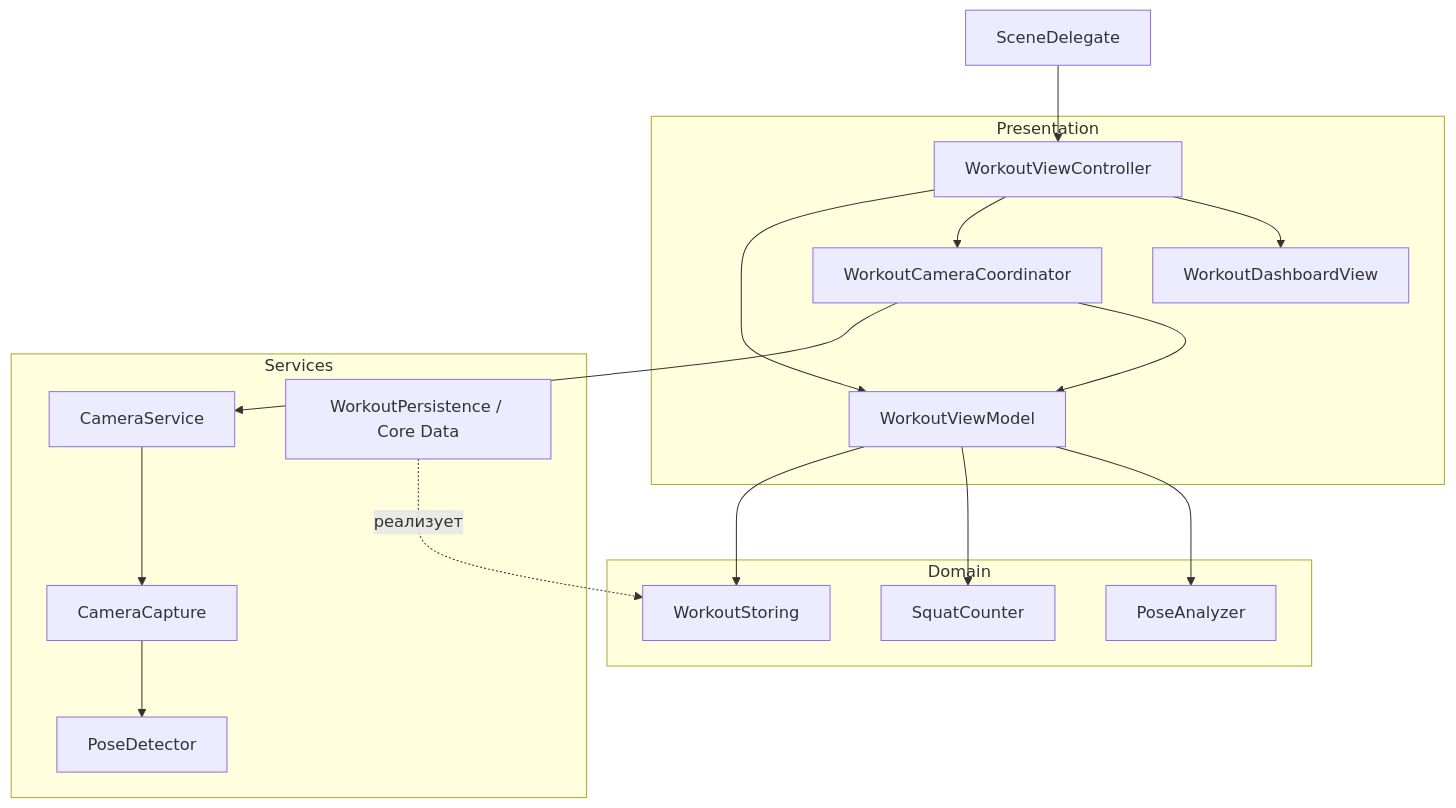
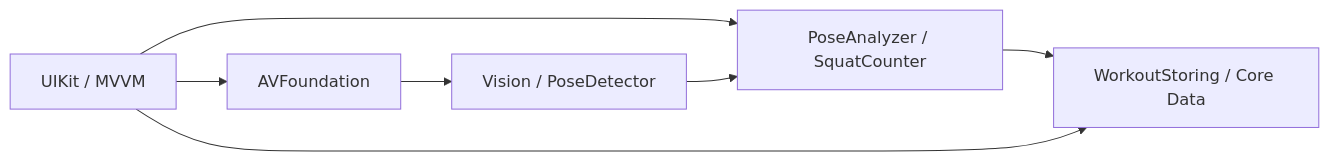
Before and after one commit to Alexander6Shevtsov/RepsCounter: the diagram in README.md, drawn with Mermaid. The commit also changed other lines of this file, not shown here.

````diff
--- a/README.md
+++ b/README.md
@@ -60,25 +38,9 @@
 ```mermaid
-flowchart TD
-    Scene["SceneDelegate"] --> Controller["WorkoutViewController"]
-    subgraph Presentation
-        Controller --> Dashboard["WorkoutDashboardView"]
-        Controller --> Coordinator["WorkoutCameraCoordinator"]
-        Controller --> ViewModel["WorkoutViewModel"]
-        Coordinator --> ViewModel
-    end
-    subgraph Domain
-        Analyzer["PoseAnalyzer"]
-        Counter["SquatCounter"]
-        Storing["WorkoutStoring"]
-    end
-    subgraph Services
-        Camera["CameraService"] --> Capture["CameraCapture"]
-        Capture --> Detector["PoseDetector"]
-        Persistence["WorkoutPersistence / Core Data"]
-    end
-    Coordinator --> Camera
-    ViewModel --> Analyzer
-    ViewModel --> Counter
-    ViewModel --> Storing
-    Persistence -.->|реализует| Storing
+flowchart LR
+    UI["UIKit / MVVM"] --> Domain["PoseAnalyzer / SquatCounter"]
+    Camera["AVFoundation"] --> Vision["Vision / PoseDetector"]
+    Vision --> Domain
+    Domain --> Storage["WorkoutStoring / Core Data"]
+    UI --> Camera
+    UI --> Storage
 ```
````
